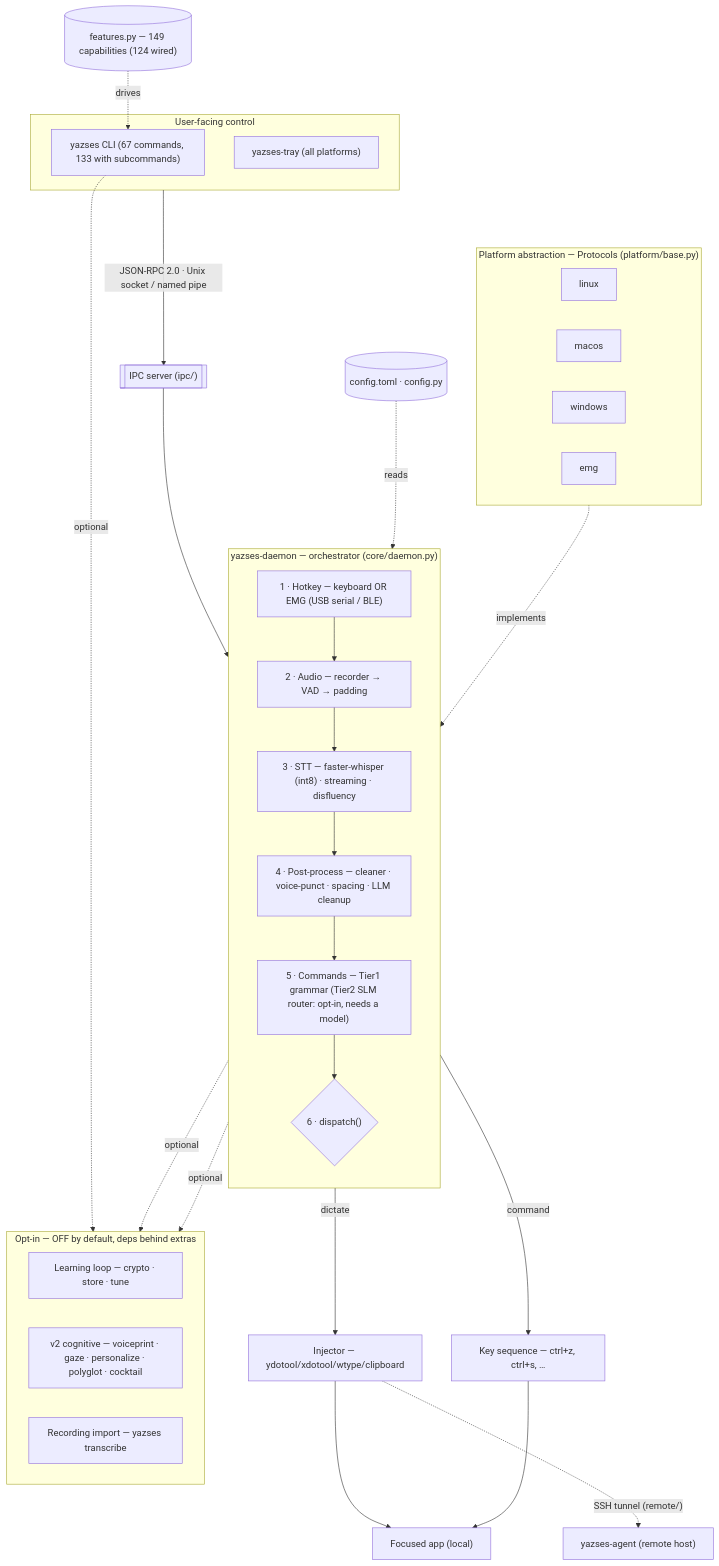
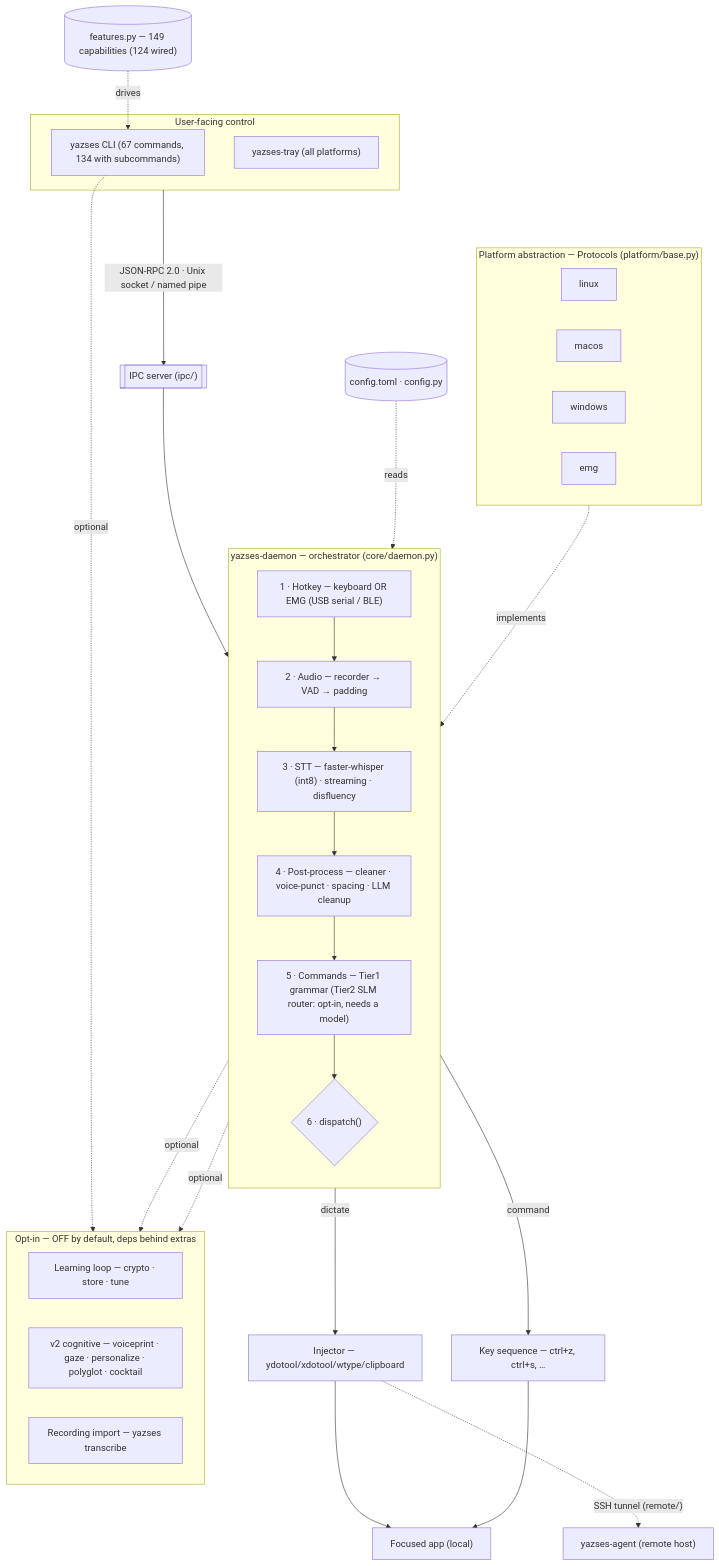
One commit to MSKazemi/yazses changed the diagram in docs/diagrams/index.md. Above: the diagram before and after it, drawn with Mermaid. The commit also changed 18 other files, not shown here.

````diff
--- a/docs/diagrams/index.md
+++ b/docs/diagrams/index.md
@@ -22,50 +22,50 @@
 ```mermaid
 flowchart TB
   subgraph UI["User-facing control"]
-    CLI["yazses CLI (67 commands, 133 with subcommands)"]
+    CLI["yazses CLI (67 commands, 134 with subcommands)"]
     TRAY["yazses-tray (all platforms)"]
   end
   UI -->|"JSON-RPC 2.0 · Unix socket / named pipe"| IPC[["IPC server (ipc/)"]]
   IPC --> DAEMON
 
   subgraph DAEMON["yazses-daemon — orchestrator (core/daemon.py)"]
     direction TB
     HK["1 · Hotkey — keyboard OR EMG (USB serial / BLE)"]
     AUD["2 · Audio — recorder → VAD → padding"]
     STT["3 · STT — faster-whisper (int8) · streaming · disfluency"]
     PP["4 · Post-process — cleaner · voice-punct · spacing · LLM cleanup"]
     CMD["5 · Commands — Tier1 grammar (Tier2 SLM router: opt-in, needs a model)"]
     DIS{"6 · dispatch()"}
     HK --> AUD --> STT --> PP --> CMD --> DIS
   end
 
   CFG[("config.toml · config.py")]
   FEAT[("features.py — 149 capabilities (124 wired)")]
   CFG -. reads .-> DAEMON
   FEAT -. drives .-> CLI
 
   DIS -->|dictate| INJ["Injector — ydotool/xdotool/wtype/clipboard"]
   DIS -->|command| KEYS["Key sequence — ctrl+z, ctrl+s, …"]
   INJ --> APP["Focused app (local)"]
   KEYS --> APP
   INJ -. "SSH tunnel (remote/)" .-> AGENT["yazses-agent (remote host)"]
 
   subgraph PLAT["Platform abstraction — Protocols (platform/base.py)"]
     direction LR
     LNX["linux"]
     MAC["macos"]
     WIN["windows"]
     EMG["emg"]
   end
   PLAT -. implements .-> DAEMON
 
   subgraph OPT["Opt-in — OFF by default, deps behind extras"]
     direction LR
     LEARN["Learning loop — crypto · store · tune"]
     V2["v2 cognitive — voiceprint · gaze · personalize · polyglot · cocktail"]
     RECIMP["Recording import — yazses transcribe"]
   end
   DAEMON -. optional .-> LEARN
   DAEMON -. optional .-> V2
   CLI -. optional .-> RECIMP
 ```
````
